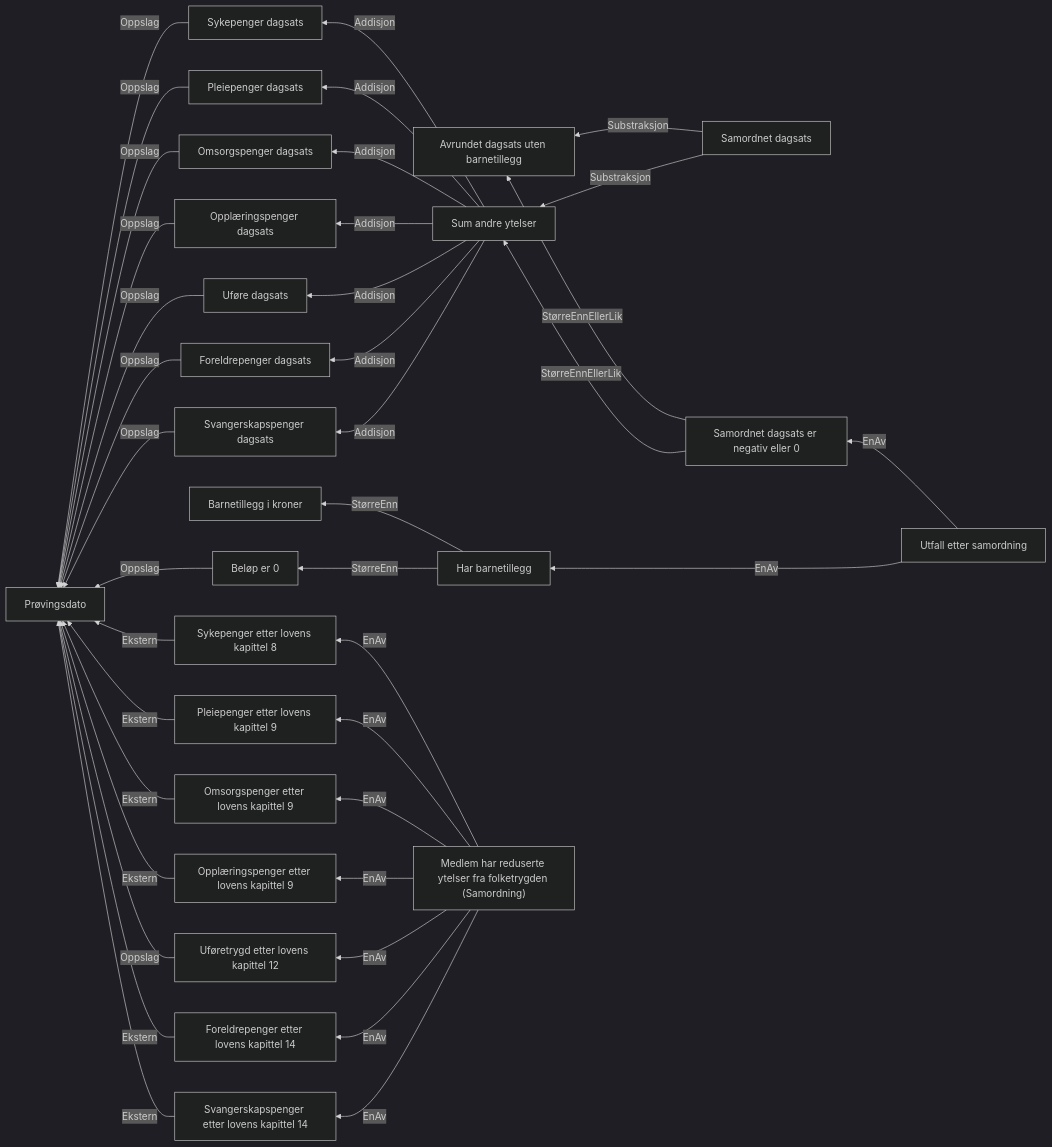
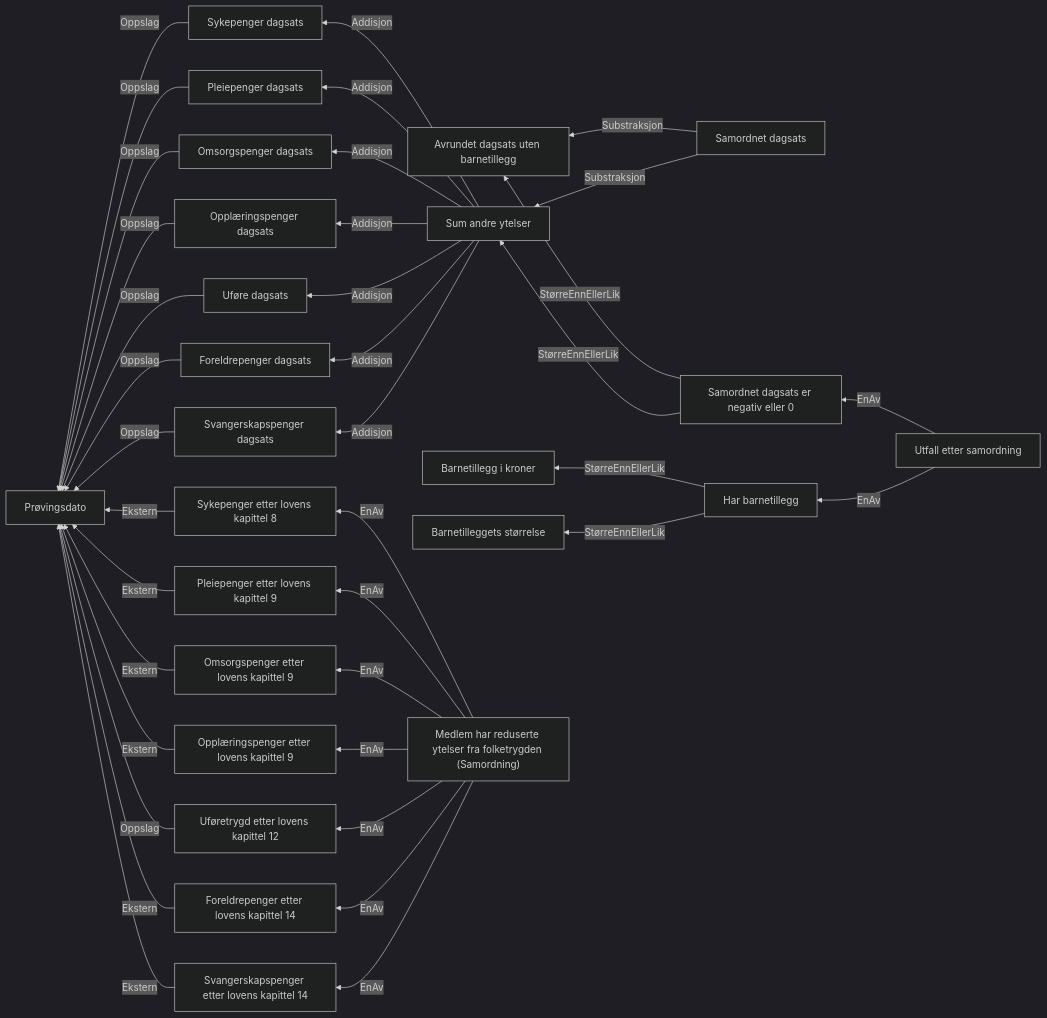
One commit to navikt/dp-vedtak changed the diagram in docs/regler/§ 4-25.Samordning med reduserte ytelser fra folketrygden, eller redusert avtalefestet pensjon.approved.md. Above: the diagram before and after it, drawn with Mermaid (dark theme). The commit also changed other lines of this file and 6 other files, not shown here.

Commit message:
Reduser samordnet sats ned til 0. Endret måten en sjekker om en har barnetillegg.

````diff
--- a/docs/regler/§ 4-25.Samordning med reduserte ytelser fra folketrygden, eller redusert avtalefestet pensjon.approved.md
+++ b/docs/regler/§ 4-25.Samordning med reduserte ytelser fra folketrygden, eller redusert avtalefestet pensjon.approved.md
@@ -5,40 +5,39 @@
 ```mermaid
 graph RL
-  A["Beløp er 0"] -->|"Oppslag"| B["Prøvingsdato"]
-  C["Sykepenger etter lovens kapittel 8"] -->|"Ekstern"| B["Prøvingsdato"]
-  D["Pleiepenger etter lovens kapittel 9"] -->|"Ekstern"| B["Prøvingsdato"]
-  E["Omsorgspenger etter lovens kapittel 9"] -->|"Ekstern"| B["Prøvingsdato"]
-  F["Opplæringspenger etter lovens kapittel 9"] -->|"Ekstern"| B["Prøvingsdato"]
-  G["Foreldrepenger etter lovens kapittel 14"] -->|"Ekstern"| B["Prøvingsdato"]
-  H["Svangerskapspenger etter lovens kapittel 14"] -->|"Ekstern"| B["Prøvingsdato"]
-  I["Uføretrygd etter lovens kapittel 12"] -->|"Oppslag"| B["Prøvingsdato"]
-  J["Sykepenger dagsats"] -->|"Oppslag"| B["Prøvingsdato"]
-  K["Pleiepenger dagsats"] -->|"Oppslag"| B["Prøvingsdato"]
-  L["Omsorgspenger dagsats"] -->|"Oppslag"| B["Prøvingsdato"]
-  M["Opplæringspenger dagsats"] -->|"Oppslag"| B["Prøvingsdato"]
-  N["Uføre dagsats"] -->|"Oppslag"| B["Prøvingsdato"]
-  O["Svangerskapspenger dagsats"] -->|"Oppslag"| B["Prøvingsdato"]
-  P["Foreldrepenger dagsats"] -->|"Oppslag"| B["Prøvingsdato"]
-  Q["Sum andre ytelser"] -->|"Addisjon"| J["Sykepenger dagsats"]
-  Q["Sum andre ytelser"] -->|"Addisjon"| K["Pleiepenger dagsats"]
-  Q["Sum andre ytelser"] -->|"Addisjon"| L["Omsorgspenger dagsats"]
-  Q["Sum andre ytelser"] -->|"Addisjon"| M["Opplæringspenger dagsats"]
-  Q["Sum andre ytelser"] -->|"Addisjon"| N["Uføre dagsats"]
-  Q["Sum andre ytelser"] -->|"Addisjon"| P["Foreldrepenger dagsats"]
-  Q["Sum andre ytelser"] -->|"Addisjon"| O["Svangerskapspenger dagsats"]
-  R["Samordnet dagsats"] -->|"Substraksjon"| S["Avrundet dagsats uten barnetillegg"]
-  R["Samordnet dagsats"] -->|"Substraksjon"| Q["Sum andre ytelser"]
-  T["Samordnet dagsats er negativ eller 0"] -->|"StørreEnnEllerLik"| S["Avrundet dagsats uten barnetillegg"]
-  T["Samordnet dagsats er negativ eller 0"] -->|"StørreEnnEllerLik"| Q["Sum andre ytelser"]
-  U["Har barnetillegg"] -->|"StørreEnn"| V["Barnetillegg i kroner"]
-  U["Har barnetillegg"] -->|"StørreEnn"| A["Beløp er 0"]
-  W["Utfall etter samordning"] -->|"EnAv"| T["Samordnet dagsats er negativ eller 0"]
-  W["Utfall etter samordning"] -->|"EnAv"| U["Har barnetillegg"]
-  X["Medlem har reduserte ytelser fra folketrygden (Samordning)"] -->|"EnAv"| C["Sykepenger etter lovens kapittel 8"]
-  X["Medlem har reduserte ytelser fra folketrygden (Samordning)"] -->|"EnAv"| D["Pleiepenger etter lovens kapittel 9"]
-  X["Medlem har reduserte ytelser fra folketrygden (Samordning)"] -->|"EnAv"| E["Omsorgspenger etter lovens kapittel 9"]
-  X["Medlem har reduserte ytelser fra folketrygden (Samordning)"] -->|"EnAv"| F["Opplæringspenger etter lovens kapittel 9"]
-  X["Medlem har reduserte ytelser fra folketrygden (Samordning)"] -->|"EnAv"| I["Uføretrygd etter lovens kapittel 12"]
-  X["Medlem har reduserte ytelser fra folketrygden (Samordning)"] -->|"EnAv"| G["Foreldrepenger etter lovens kapittel 14"]
-  X["Medlem har reduserte ytelser fra folketrygden (Samordning)"] -->|"EnAv"| H["Svangerskapspenger etter lovens kapittel 14"]
+  A["Sykepenger etter lovens kapittel 8"] -->|"Ekstern"| B["Prøvingsdato"]
+  C["Pleiepenger etter lovens kapittel 9"] -->|"Ekstern"| B["Prøvingsdato"]
+  D["Omsorgspenger etter lovens kapittel 9"] -->|"Ekstern"| B["Prøvingsdato"]
+  E["Opplæringspenger etter lovens kapittel 9"] -->|"Ekstern"| B["Prøvingsdato"]
+  F["Foreldrepenger etter lovens kapittel 14"] -->|"Ekstern"| B["Prøvingsdato"]
+  G["Svangerskapspenger etter lovens kapittel 14"] -->|"Ekstern"| B["Prøvingsdato"]
+  H["Uføretrygd etter lovens kapittel 12"] -->|"Oppslag"| B["Prøvingsdato"]
+  I["Sykepenger dagsats"] -->|"Oppslag"| B["Prøvingsdato"]
+  J["Pleiepenger dagsats"] -->|"Oppslag"| B["Prøvingsdato"]
+  K["Omsorgspenger dagsats"] -->|"Oppslag"| B["Prøvingsdato"]
+  L["Opplæringspenger dagsats"] -->|"Oppslag"| B["Prøvingsdato"]
+  M["Uføre dagsats"] -->|"Oppslag"| B["Prøvingsdato"]
+  N["Svangerskapspenger dagsats"] -->|"Oppslag"| B["Prøvingsdato"]
+  O["Foreldrepenger dagsats"] -->|"Oppslag"| B["Prøvingsdato"]
+  P["Sum andre ytelser"] -->|"Addisjon"| I["Sykepenger dagsats"]
+  P["Sum andre ytelser"] -->|"Addisjon"| J["Pleiepenger dagsats"]
+  P["Sum andre ytelser"] -->|"Addisjon"| K["Omsorgspenger dagsats"]
+  P["Sum andre ytelser"] -->|"Addisjon"| L["Opplæringspenger dagsats"]
+  P["Sum andre ytelser"] -->|"Addisjon"| M["Uføre dagsats"]
+  P["Sum andre ytelser"] -->|"Addisjon"| O["Foreldrepenger dagsats"]
+  P["Sum andre ytelser"] -->|"Addisjon"| N["Svangerskapspenger dagsats"]
+  Q["Samordnet dagsats"] -->|"Substraksjon"| R["Avrundet dagsats uten barnetillegg"]
+  Q["Samordnet dagsats"] -->|"Substraksjon"| P["Sum andre ytelser"]
+  S["Samordnet dagsats er negativ eller 0"] -->|"StørreEnnEllerLik"| R["Avrundet dagsats uten barnetillegg"]
+  S["Samordnet dagsats er negativ eller 0"] -->|"StørreEnnEllerLik"| P["Sum andre ytelser"]
+  T["Har barnetillegg"] -->|"StørreEnnEllerLik"| U["Barnetillegg i kroner"]
+  T["Har barnetillegg"] -->|"StørreEnnEllerLik"| V["Barnetilleggets størrelse"]
+  W["Utfall etter samordning"] -->|"EnAv"| S["Samordnet dagsats er negativ eller 0"]
+  W["Utfall etter samordning"] -->|"EnAv"| T["Har barnetillegg"]
+  X["Medlem har reduserte ytelser fra folketrygden (Samordning)"] -->|"EnAv"| A["Sykepenger etter lovens kapittel 8"]
+  X["Medlem har reduserte ytelser fra folketrygden (Samordning)"] -->|"EnAv"| C["Pleiepenger etter lovens kapittel 9"]
+  X["Medlem har reduserte ytelser fra folketrygden (Samordning)"] -->|"EnAv"| D["Omsorgspenger etter lovens kapittel 9"]
+  X["Medlem har reduserte ytelser fra folketrygden (Samordning)"] -->|"EnAv"| E["Opplæringspenger etter lovens kapittel 9"]
+  X["Medlem har reduserte ytelser fra folketrygden (Samordning)"] -->|"EnAv"| H["Uføretrygd etter lovens kapittel 12"]
+  X["Medlem har reduserte ytelser fra folketrygden (Samordning)"] -->|"EnAv"| F["Foreldrepenger etter lovens kapittel 14"]
+  X["Medlem har reduserte ytelser fra folketrygden (Samordning)"] -->|"EnAv"| G["Svangerskapspenger etter lovens kapittel 14"]
 ```
````
